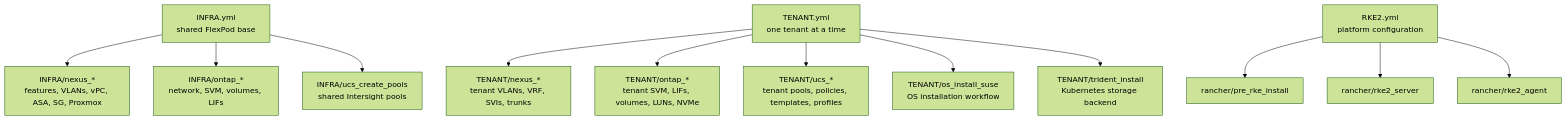
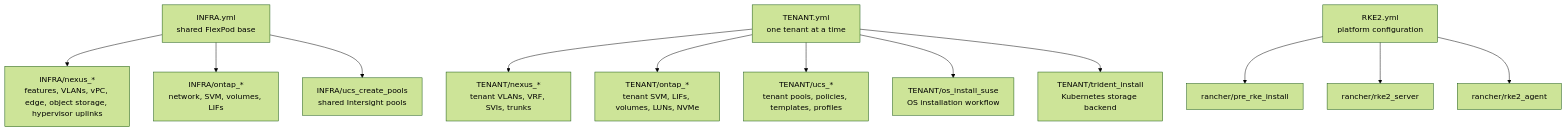
The third of 3 diagrams in docs/architecture-overview.md (ukleidon/FlexPod-IMM-Rancher), drawn with Mermaid (forest theme) before and after one commit. The commit also changed other lines of this file and 92 other files, not shown here.

````diff
--- a/docs/architecture-overview.md
+++ b/docs/architecture-overview.md
@@ -109,20 +106,20 @@
 ```mermaid
 flowchart TB
   infra["INFRA.yml<br/>shared FlexPod base"]
   tenant["TENANT.yml<br/>one tenant at a time"]
   rke["RKE2.yml<br/>platform configuration"]
 
-  infra --> infnexus["INFRA/nexus_*<br/>features, VLANs, vPC, ASA, SG, Proxmox"]
+  infra --> infnexus["INFRA/nexus_*<br/>features, VLANs, vPC, edge, object storage, hypervisor uplinks"]
   infra --> infontap["INFRA/ontap_*<br/>network, SVM, volumes, LIFs"]
   infra --> infucs["INFRA/ucs_create_pools<br/>shared Intersight pools"]
 
   tenant --> tnexus["TENANT/nexus_*<br/>tenant VLANs, VRF, SVIs, trunks"]
   tenant --> tontap["TENANT/ontap_*<br/>tenant SVM, LIFs, volumes, LUNs, NVMe"]
   tenant --> tucs["TENANT/ucs_*<br/>tenant pools, policies, templates, profiles"]
   tenant --> os["TENANT/os_install_suse<br/>OS installation workflow"]
   tenant --> trident["TENANT/trident_install<br/>Kubernetes storage backend"]
 
   rke --> pre["rancher/pre_rke_install"]
   rke --> server["rancher/rke2_server"]
   rke --> agent["rancher/rke2_agent"]
 ```
````
